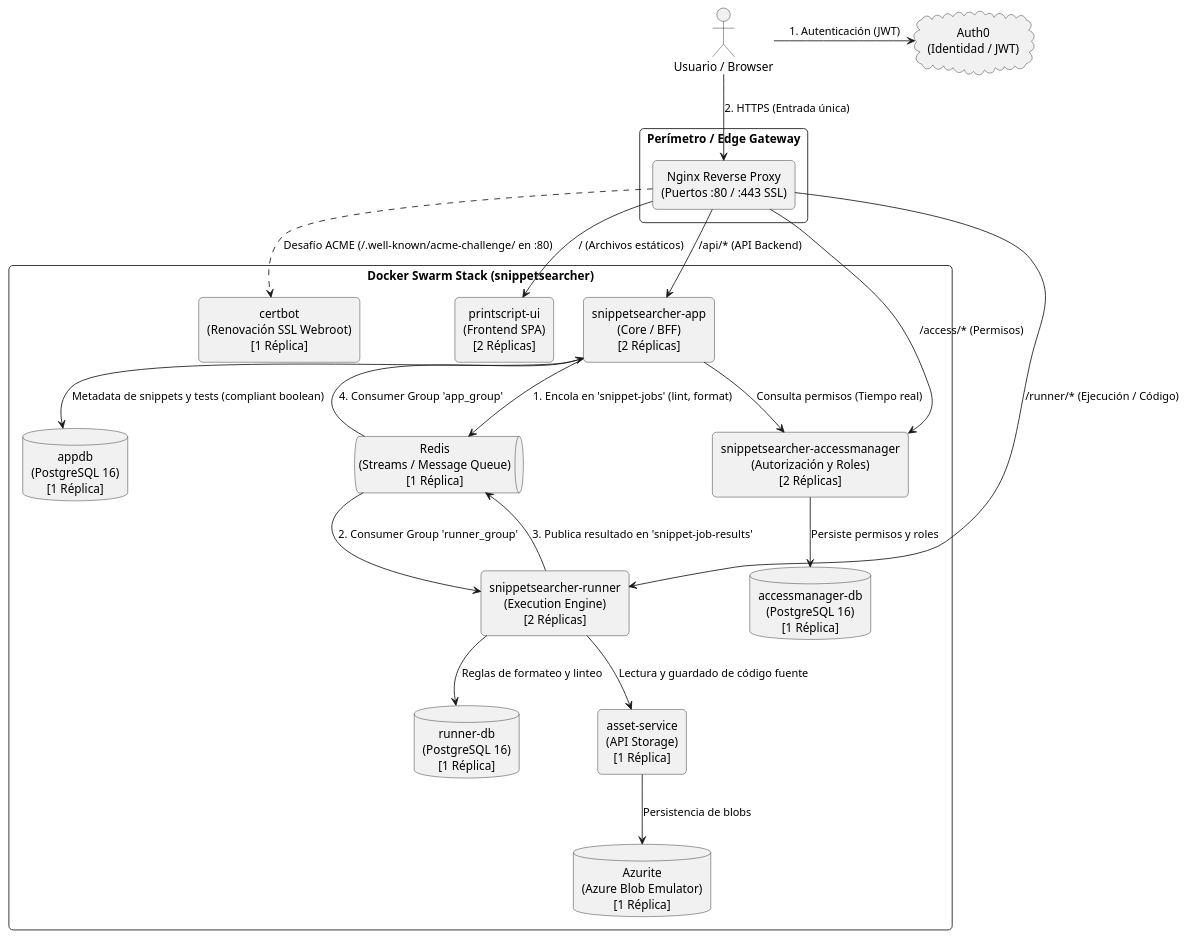
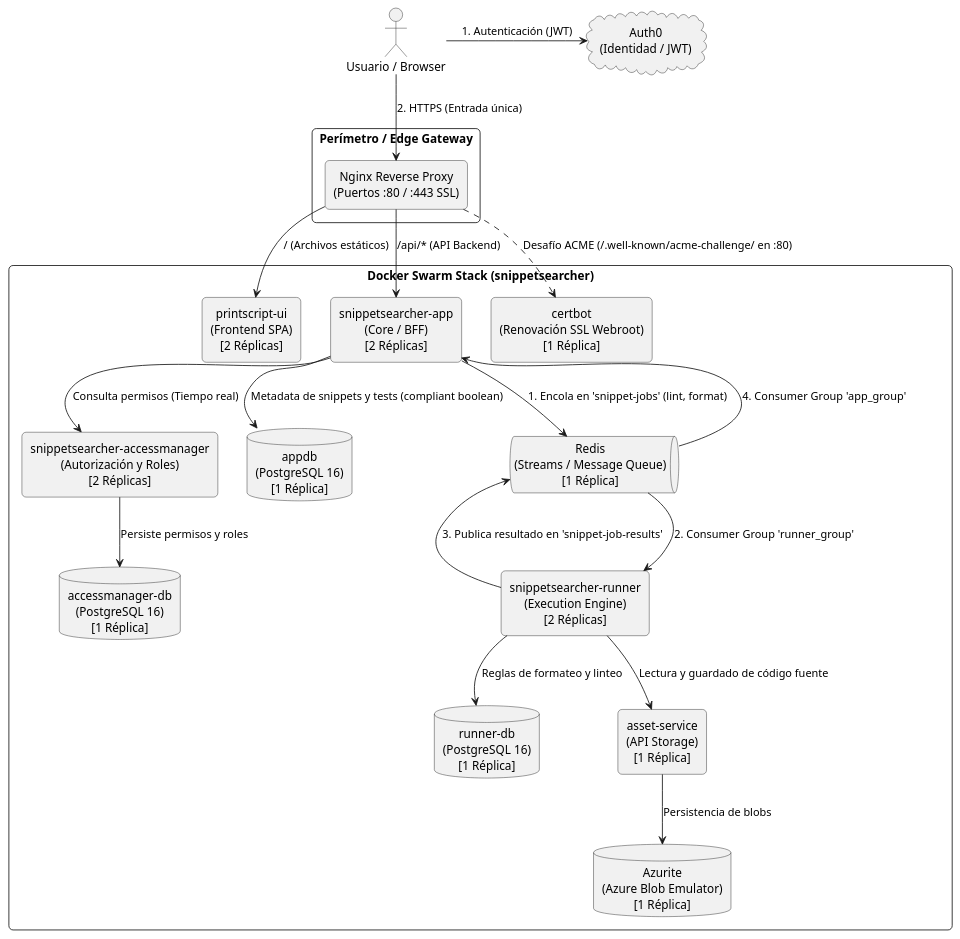
Before and after one commit to Grupo-14-INGSIS/SnippetSearcher-Infrastructure: the second of 3 diagrams in Documentación/FLUJO_Y_COMPARATIVA_ARQUITECTURA_NEW.md, drawn with PlantUML. The commit also changed other lines of this file and 11 other files, not shown here.

Commit message:
feat: cerrar Runner y AccessManager en nginx y documentar seguridad y observabilidad

````diff
--- a/Documentación/FLUJO_Y_COMPARATIVA_ARQUITECTURA_NEW.md
+++ b/Documentación/FLUJO_Y_COMPARATIVA_ARQUITECTURA_NEW.md
@@ -84,56 +84,54 @@
 ```plantuml
 @startuml Arquitectura_Con_Nginx
 skinparam roundcorner 10
 skinparam defaultTextAlignment center
 skinparam shadowing false
 skinparam monochrome true
 skinparam packageStyle rectangle
 
 actor "Usuario / Browser" as client
 cloud "Auth0\n(Identidad / JWT)" as auth0
 
 package "Perímetro / Edge Gateway" {
     rectangle "Nginx Reverse Proxy\n(Puertos :80 / :443 SSL)" as nginx
 }
 
 package "Docker Swarm Stack (snippetsearcher)" {
     rectangle "printscript-ui\n(Frontend SPA)\n[2 Réplicas]" as ui
     rectangle "snippetsearcher-app\n(Core / BFF)\n[2 Réplicas]" as app
     rectangle "snippetsearcher-runner\n(Execution Engine)\n[2 Réplicas]" as runner
     rectangle "snippetsearcher-accessmanager\n(Autorización y Roles)\n[2 Réplicas]" as access
 
     database "appdb\n(PostgreSQL 16)\n[1 Réplica]" as appdb
     database "runner-db\n(PostgreSQL 16)\n[1 Réplica]" as runnerdb
     database "accessmanager-db\n(PostgreSQL 16)\n[1 Réplica]" as accessdb
 
     queue "Redis\n(Streams / Message Queue)\n[1 Réplica]" as redis
     rectangle "asset-service\n(API Storage)\n[1 Réplica]" as asset
     database "Azurite\n(Azure Blob Emulator)\n[1 Réplica]" as azurite
     rectangle "certbot\n(Renovación SSL Webroot)\n[1 Réplica]" as certbot
 }
 
 client -right-> auth0 : 1. Autenticación (JWT)
 client --> nginx : 2. HTTPS (Entrada única)
 
 nginx --> ui : / (Archivos estáticos)
 nginx --> app : /api/* (API Backend)
-nginx --> runner : /runner/* (Ejecución / Código)
-nginx --> access : /access/* (Permisos)
 nginx ..> certbot : Desafío ACME (/.well-known/acme-challenge/ en :80)
 
 app --> access : Consulta permisos (Tiempo real)
 access --> accessdb : Persiste permisos y roles
 app --> appdb : Metadata de snippets y tests (compliant boolean)
 
 ' Redis Streams bidireccional
 app --> redis : 1. Encola en 'snippet-jobs' (lint, format)
 redis --> runner : 2. Consumer Group 'runner_group'
 runner --> redis : 3. Publica resultado en 'snippet-job-results'
 redis --> app : 4. Consumer Group 'app_group'
 
 runner --> runnerdb : Reglas de formateo y linteo
 runner --> asset : Lectura y guardado de código fuente
 asset --> azurite : Persistencia de blobs
 
 @enduml
 ```
````
